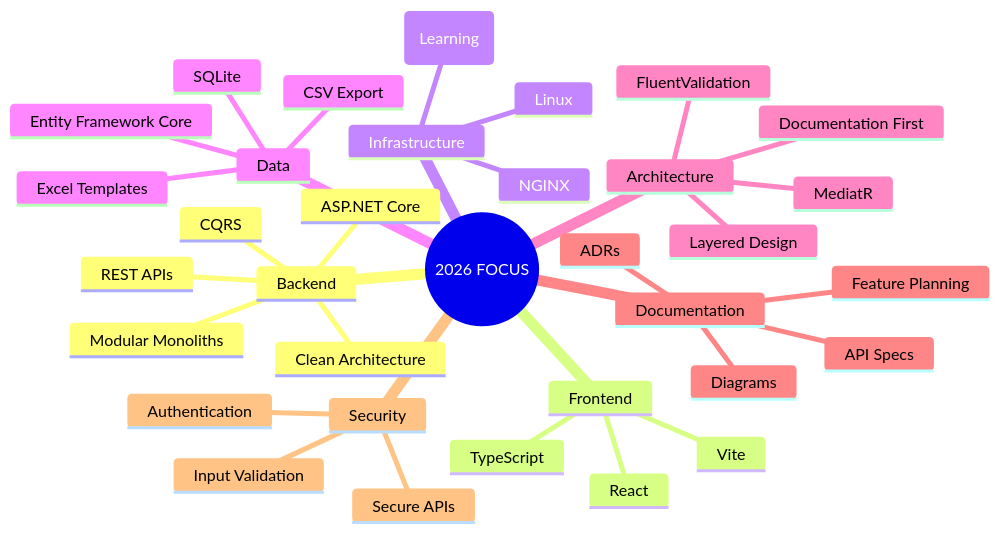
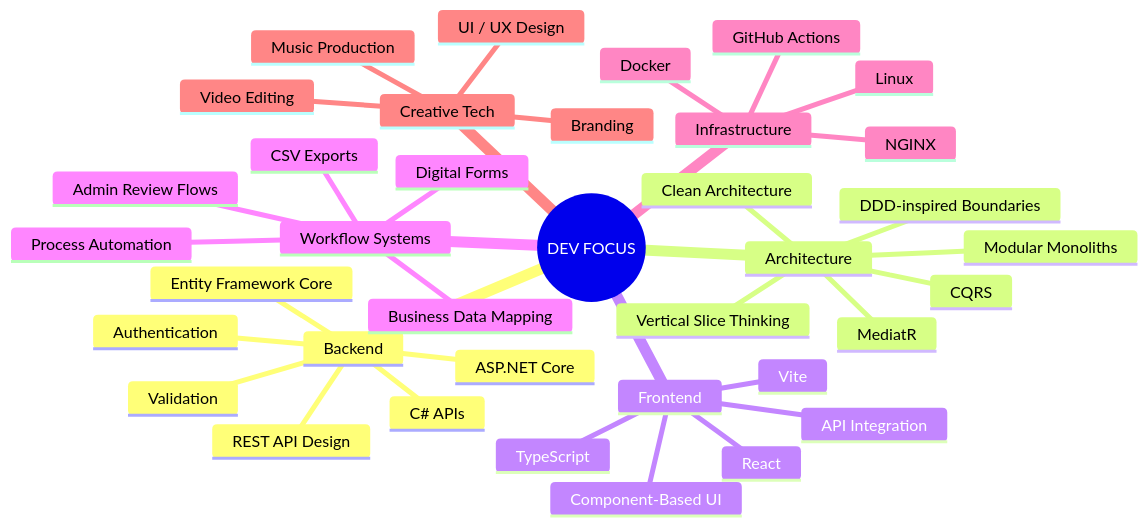
One commit to wizard-nazim/wizard-nazim changed the diagram in README.md. Above: the diagram before and after it, drawn with Mermaid.

Commit message:
Revise README.md to update focus areas

````diff
--- a/README.md
+++ b/README.md
@@ -120,43 +120,45 @@
 ```mermaid
 mindmap
-  root((2026 FOCUS))
+  root((DEV FOCUS))
     Backend
       ASP.NET Core
+      C# APIs
+      REST API Design
+      Entity Framework Core
+      Authentication
+      Validation
+
+    Architecture
       Clean Architecture
       Modular Monoliths
       CQRS
-      REST APIs
+      DDD-inspired Boundaries
+      MediatR
+      Vertical Slice Thinking
 
     Frontend
       React
       TypeScript
       Vite
+      API Integration
+      Component-Based UI
+
+    Workflow Systems
+      Digital Forms
+      Admin Review Flows
+      CSV Exports
+      Business Data Mapping
+      Process Automation
 
     Infrastructure
       Linux
+      GitHub Actions
+      Docker
       NGINX
-      Docker (Learning)
 
-    Data
-      Entity Framework Core
-      SQLite
-      CSV Export
-      Excel Templates
-
-    Architecture
-      MediatR
-      FluentValidation
-      Layered Design
-      Documentation First
-
-    Documentation
-      ADRs
-      API Specs
-      Diagrams
-      Feature Planning
-
-    Security
-      Input Validation
-      Secure APIs
-      Authentication
+    Creative Tech
+      UI / UX Design
+      Branding
+      Music Production
+      Video Editing
 ```
````
